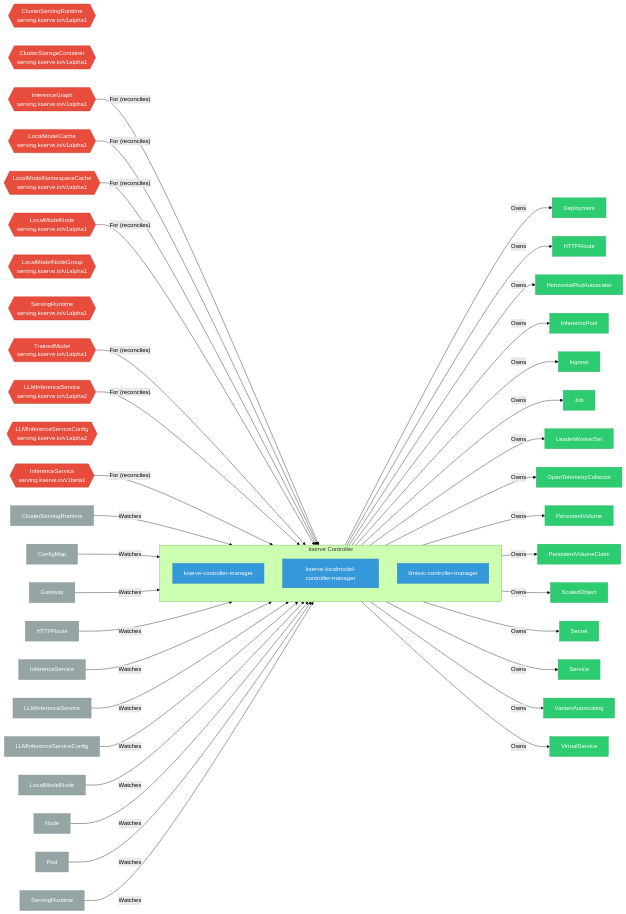
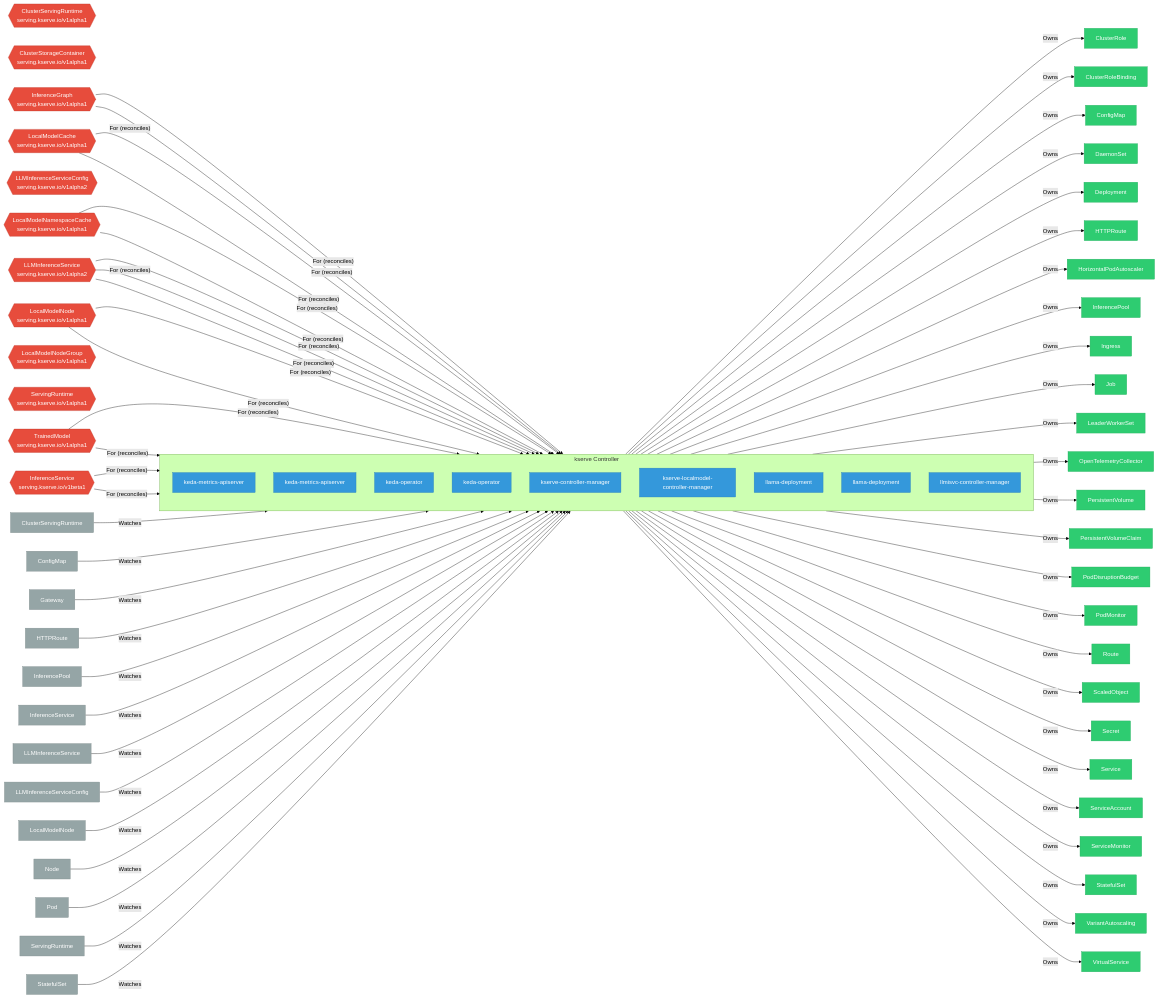
The diagram in site/docs/use-cases/odh-platform/components/kserve/index.md (ugiordan/rhoai-architecture-analyzer), drawn with Mermaid (forest theme) before and after one commit. The commit also changed other lines of this file and 402 other files, not shown here.

````diff
--- a/site/docs/use-cases/odh-platform/components/kserve/index.md
+++ b/site/docs/use-cases/odh-platform/components/kserve/index.md
@@ -33,14 +33,62 @@
     classDef dep fill:#f39c12,stroke:#e67e22,color:#fff
 
     subgraph controller["kserve Controller"]
-        dep_1["kserve-controller-manager"]
+        dep_1["keda-metrics-apiserver"]
         class dep_1 controller
-        dep_2["kserve-localmodel-controller-manager"]
+        dep_2["keda-metrics-apiserver"]
         class dep_2 controller
-        dep_3["llmisvc-controller-manager"]
+        dep_3["keda-operator"]
         class dep_3 controller
+        dep_4["keda-operator"]
+        class dep_4 controller
+        dep_5["kserve-controller-manager"]
+        class dep_5 controller
+        dep_6["kserve-localmodel-controller-manager"]
+        class dep_6 controller
+        dep_7["llama-deployment"]
+        class dep_7 controller
+        dep_8["llama-deployment"]
+        class dep_8 controller
+        dep_9["llmisvc-controller-manager"]
+        class dep_9 controller
     end
 
+    crd_ClusterServingRuntime{{"ClusterServingRuntime\n/v1alpha1"}}
+    class crd_ClusterServingRuntime crd
+    crd_ClusterStorageContainer{{"ClusterStorageContainer\n/v1alpha1"}}
+    class crd_ClusterStorageContainer crd
+    crd_InferenceGraph{{"InferenceGraph\n/v1alpha1"}}
+    class crd_InferenceGraph crd
+    crd_InferenceGraph -->|"For (reconciles)"| controller
+    crd_LLMInferenceService{{"LLMInferenceService\n/v1alpha1"}}
+    class crd_LLMInferenceService crd
+    crd_LLMInferenceService -->|"For (reconciles)"| controller
+    crd_LLMInferenceServiceConfig{{"LLMInferenceServiceConfig\n/v1alpha1"}}
+    class crd_LLMInferenceServiceConfig crd
+    crd_LocalModelCache{{"LocalModelCache\n/v1alpha1"}}
+    class crd_LocalModelCache crd
+    crd_LocalModelCache -->|"For (reconciles)"| controller
+    crd_LocalModelNamespaceCache{{"LocalModelNamespaceCache\n/v1alpha1"}}
+    class crd_LocalModelNamespaceCache crd
+    crd_LocalModelNamespaceCache -->|"For (reconciles)"| controller
+    crd_LocalModelNode{{"LocalModelNode\n/v1alpha1"}}
+    class crd_LocalModelNode crd
+    crd_LocalModelNode -->|"For (reconciles)"| controller
+    crd_LocalModelNodeGroup{{"LocalModelNodeGroup\n/v1alpha1"}}
+    class crd_LocalModelNodeGroup crd
+    crd_ServingRuntime{{"ServingRuntime\n/v1alpha1"}}
+    class crd_ServingRuntime crd
+    crd_TrainedModel{{"TrainedModel\n/v1alpha1"}}
+    class crd_TrainedModel crd
+    crd_TrainedModel -->|"For (reconciles)"| controller
+    crd_LLMInferenceService{{"LLMInferenceService\n/v1alpha2"}}
+    class crd_LLMInferenceService crd
+    crd_LLMInferenceService -->|"For (reconciles)"| controller
+    crd_LLMInferenceServiceConfig{{"LLMInferenceServiceConfig\n/v1alpha2"}}
+    class crd_LLMInferenceServiceConfig crd
+    crd_InferenceService{{"InferenceService\n/v1beta1"}}
+    class crd_InferenceService crd
+    crd_InferenceService -->|"For (reconciles)"| controller
     crd_ClusterServingRuntime{{"ClusterServingRuntime\nserving.kserve.io/v1alpha1"}}
     class crd_ClusterServingRuntime crd
     crd_ClusterStorageContainer{{"ClusterStorageContainer\nserving.kserve.io/v1alpha1"}}
@@ -72,56 +120,80 @@
     crd_InferenceService{{"InferenceService\nserving.kserve.io/v1beta1"}}
     class crd_InferenceService crd
     crd_InferenceService -->|"For (reconciles)"| controller
-    controller -->|"Owns"| owned_4["Deployment"]
-    class owned_4 owned
-    controller -->|"Owns"| owned_5["HTTPRoute"]
-    class owned_5 owned
-    controller -->|"Owns"| owned_6["HorizontalPodAutoscaler"]
-    class owned_6 owned
-    controller -->|"Owns"| owned_7["InferencePool"]
-    class owned_7 owned
-    controller -->|"Owns"| owned_8["Ingress"]
-    class owned_8 owned
-    controller -->|"Owns"| owned_9["Job"]
-    class owned_9 owned
-    controller -->|"Owns"| owned_10["LeaderWorkerSet"]
+    controller -->|"Owns"| owned_10["ClusterRole"]
     class owned_10 owned
-    controller -->|"Owns"| owned_11["OpenTelemetryCollector"]
+    controller -->|"Owns"| owned_11["ClusterRoleBinding"]
     class owned_11 owned
-    controller -->|"Owns"| owned_12["PersistentVolume"]
+    controller -->|"Owns"| owned_12["ConfigMap"]
     class owned_12 owned
-    controller -->|"Owns"| owned_13["PersistentVolumeClaim"]
+    controller -->|"Owns"| owned_13["DaemonSet"]
     class owned_13 owned
-    controller -->|"Owns"| owned_14["ScaledObject"]
+    controller -->|"Owns"| owned_14["Deployment"]
     class owned_14 owned
-    controller -->|"Owns"| owned_15["Secret"]
+    controller -->|"Owns"| owned_15["HTTPRoute"]
     class owned_15 owned
-    controller -->|"Owns"| owned_16["Service"]
+    controller -->|"Owns"| owned_16["HorizontalPodAutoscaler"]
     class owned_16 owned
-    controller -->|"Owns"| owned_17["VariantAutoscaling"]
+    controller -->|"Owns"| owned_17["InferencePool"]
     class owned_17 owned
-    controller -->|"Owns"| owned_18["VirtualService"]
+    controller -->|"Owns"| owned_18["Ingress"]
     class owned_18 owned
-    watch_19["ClusterServingRuntime"] -->|"Watches"| controller
-    class watch_19 external
-    watch_20["ConfigMap"] -->|"Watches"| controller
-    class watch_20 external
-    watch_21["Gateway"] -->|"Watches"| controller
-    class watch_21 external
-    watch_22["HTTPRoute"] -->|"Watches"| controller
-    class watch_22 external
-    watch_23["InferenceService"] -->|"Watches"| controller
-    class watch_23 external
-    watch_24["LLMInferenceService"] -->|"Watches"| controller
-    class watch_24 external
-    watch_25["LLMInferenceServiceConfig"] -->|"Watches"| controller
-    class watch_25 external
-    watch_26["LocalModelNode"] -->|"Watches"| controller
-    class watch_26 external
-    watch_27["Node"] -->|"Watches"| controller
-    class watch_27 external
-    watch_28["Pod"] -->|"Watches"| controller
-    class watch_28 external
-    watch_29["ServingRuntime"] -->|"Watches"| controller
-    class watch_29 external
+    controller -->|"Owns"| owned_19["Job"]
+    class owned_19 owned
+    controller -->|"Owns"| owned_20["LeaderWorkerSet"]
+    class owned_20 owned
+    controller -->|"Owns"| owned_21["OpenTelemetryCollector"]
+    class owned_21 owned
+    controller -->|"Owns"| owned_22["PersistentVolume"]
+    class owned_22 owned
+    controller -->|"Owns"| owned_23["PersistentVolumeClaim"]
+    class owned_23 owned
+    controller -->|"Owns"| owned_24["PodDisruptionBudget"]
+    class owned_24 owned
+    controller -->|"Owns"| owned_25["PodMonitor"]
+    class owned_25 owned
+    controller -->|"Owns"| owned_26["Route"]
+    class owned_26 owned
+    controller -->|"Owns"| owned_27["ScaledObject"]
+    class owned_27 owned
+    controller -->|"Owns"| owned_28["Secret"]
+    class owned_28 owned
+    controller -->|"Owns"| owned_29["Service"]
+    class owned_29 owned
+    controller -->|"Owns"| owned_30["ServiceAccount"]
+    class owned_30 owned
+    controller -->|"Owns"| owned_31["ServiceMonitor"]
+    class owned_31 owned
+    controller -->|"Owns"| owned_32["StatefulSet"]
+    class owned_32 owned
+    controller -->|"Owns"| owned_33["VariantAutoscaling"]
+    class owned_33 owned
+    controller -->|"Owns"| owned_34["VirtualService"]
+    class owned_34 owned
+    watch_35["ClusterServingRuntime"] -->|"Watches"| controller
+    class watch_35 external
+    watch_36["ConfigMap"] -->|"Watches"| controller
+    class watch_36 external
+    watch_37["Gateway"] -->|"Watches"| controller
+    class watch_37 external
+    watch_38["HTTPRoute"] -->|"Watches"| controller
+    class watch_38 external
+    watch_39["InferencePool"] -->|"Watches"| controller
+    class watch_39 external
+    watch_40["InferenceService"] -->|"Watches"| controller
+    class watch_40 external
+    watch_41["LLMInferenceService"] -->|"Watches"| controller
+    class watch_41 external
+    watch_42["LLMInferenceServiceConfig"] -->|"Watches"| controller
+    class watch_42 external
+    watch_43["LocalModelNode"] -->|"Watches"| controller
+    class watch_43 external
+    watch_44["Node"] -->|"Watches"| controller
+    class watch_44 external
+    watch_45["Pod"] -->|"Watches"| controller
+    class watch_45 external
+    watch_46["ServingRuntime"] -->|"Watches"| controller
+    class watch_46 external
+    watch_47["StatefulSet"] -->|"Watches"| controller
+    class watch_47 external
 ```
````
